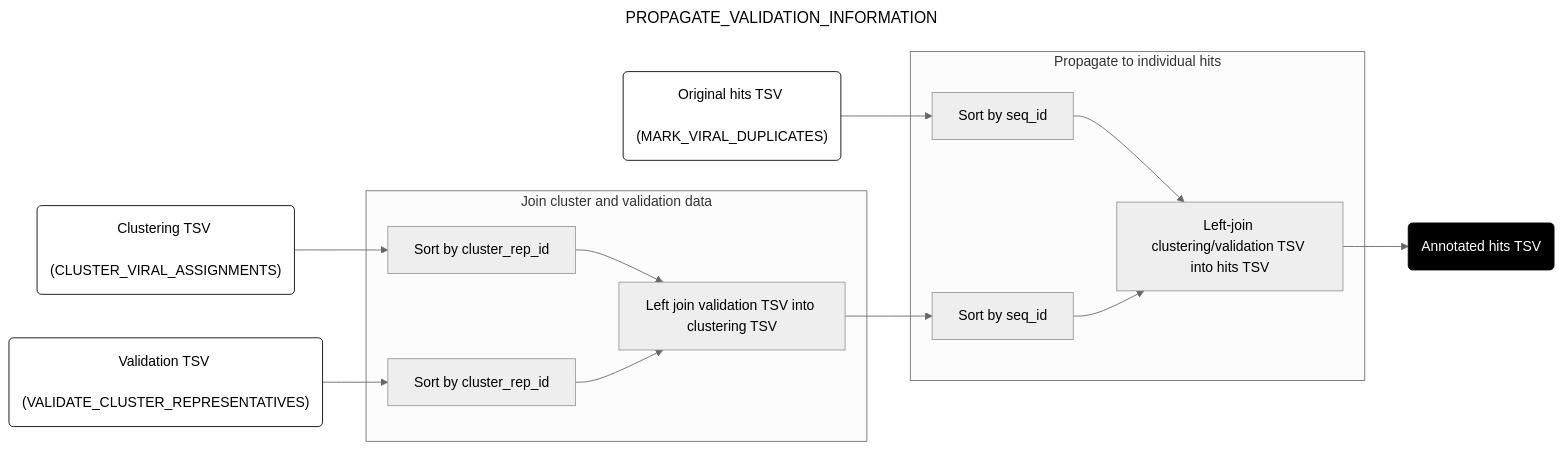
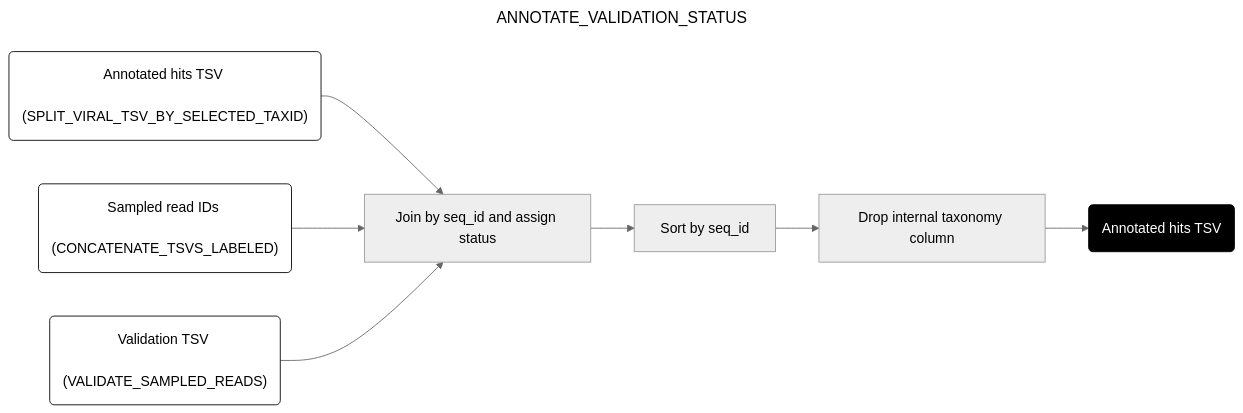
One commit to securebio/nao-mgs-workflow changed the tenth of 10 diagrams in docs/downstream.md. Above: the diagram before and after it, drawn with Mermaid (neutral theme). The commit also changed other lines of this file and 13 other files, not shown here.

````diff
--- a/docs/downstream.md
+++ b/docs/downstream.md
@@ -465,31 +492,18 @@
 ```mermaid
 ---
-title: PROPAGATE_VALIDATION_INFORMATION
+title: ANNOTATE_VALIDATION_STATUS
 config:
   layout: horizontal
 ---
 flowchart LR
-A("Original hits TSV <br> (MARK_VIRAL_DUPLICATES)") --> B[Sort by seq_id]
-C("Clustering TSV <br> (CLUSTER_VIRAL_ASSIGNMENTS)") --> D[Sort by cluster_rep_id]
-E("Validation TSV <br> (VALIDATE_CLUSTER_REPRESENTATIVES)") --> F[Sort by cluster_rep_id]
-D --> G[Left join validation TSV into clustering TSV]
-F --> G
-G --> H[Sort by seq_id]
-B --> I[Left-join clustering/validation TSV into hits TSV]
-H --> I
-I --> J(Annotated hits TSV)
-subgraph "Join cluster and validation data"
-D
-F
-G
-end
-subgraph "Propagate to individual hits"
-B
-H
-I
-end
+A("Annotated hits TSV <br> (SPLIT_VIRAL_TSV_BY_SELECTED_TAXID)") --> I[Join by seq_id and assign status]
+B("Sampled read IDs <br> (CONCATENATE_TSVS_LABELED)") --> I
+C("Validation TSV <br> (VALIDATE_SAMPLED_READS)") --> I
+I --> D[Sort by seq_id]
+D --> E[Drop internal taxonomy column]
+E --> J(Annotated hits TSV)
 style A fill:#fff,stroke:#000
+style B fill:#fff,stroke:#000
 style C fill:#fff,stroke:#000
-style E fill:#fff,stroke:#000
 style J fill:#000,color:#fff,stroke:#000
 ```
````
